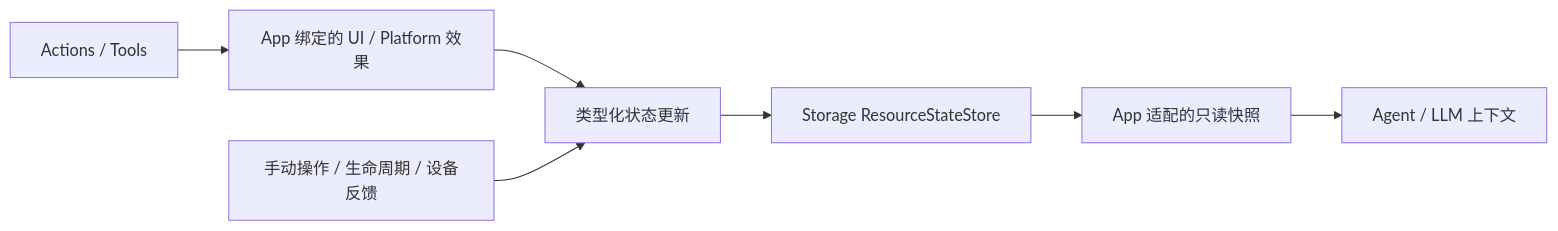
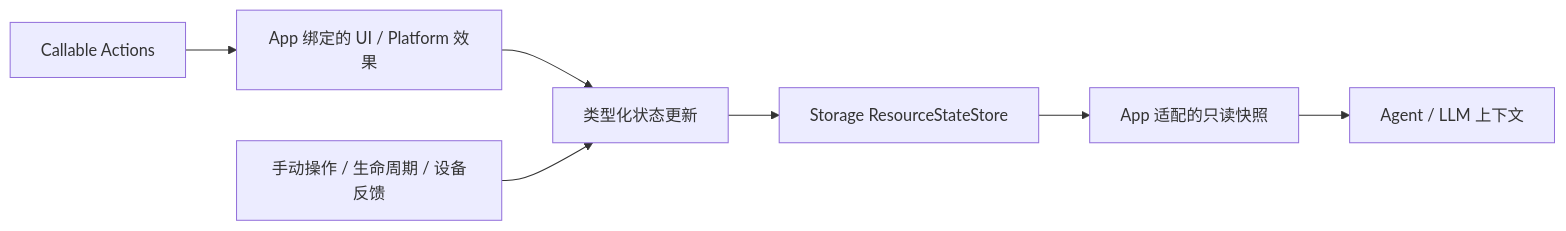
Before and after one commit to devilyouwei/MobileHarness: the diagram in docs/Resource-State-Plan.md, drawn with Mermaid. The commit also changed other lines of this file and 238 other files, not shown here.

First line of the commit message:
Separate callable Actions from Gateway execution and call protocols

````diff
--- a/docs/Resource-State-Plan.md
+++ b/docs/Resource-State-Plan.md
@@ -28,9 +28,9 @@
 ```mermaid
 flowchart LR
-    Calls[Actions / Tools] --> Effects[App 绑定的 UI / Platform 效果]
+    Calls[Callable Actions] --> Effects[App 绑定的 UI / Platform 效果]
     Effects --> Updates[类型化状态更新]
     Other[手动操作 / 生命周期 / 设备反馈] --> Updates
     Updates --> Store[Storage ResourceStateStore]
     Store --> View[App 适配的只读快照]
     View --> Agent[Agent / LLM 上下文]
 ```
````
